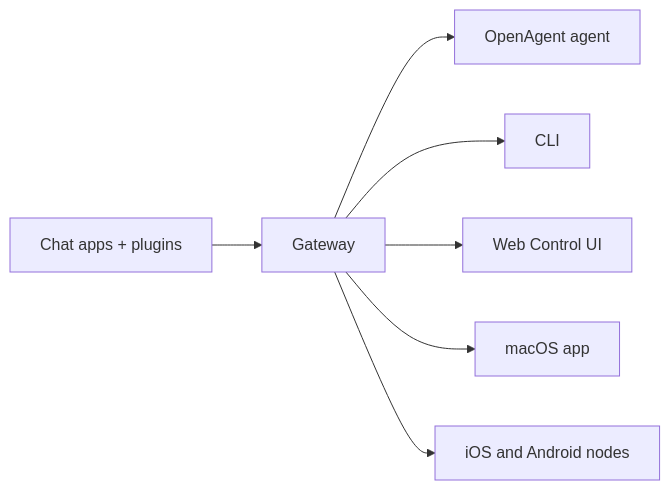
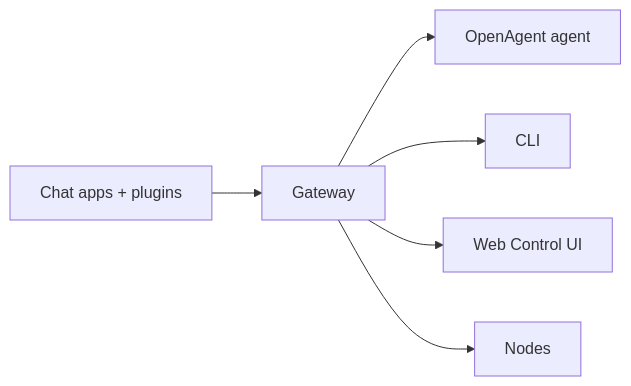
The diagram in docs/index.md (celaya-solutions/CSR-AGENT), drawn with Mermaid before and after one commit. The commit also changed other lines of this file and 352 other files, not shown here.

````diff
--- a/docs/index.md
+++ b/docs/index.md
@@ -92,9 +92,8 @@
 ```mermaid
 flowchart LR
   A["Chat apps + plugins"] --> B["Gateway"]
   B --> C["OpenAgent agent"]
   B --> D["CLI"]
   B --> E["Web Control UI"]
-  B --> F["macOS app"]
-  B --> G["iOS and Android nodes"]
+  B --> F["Nodes"]
 ```
````
